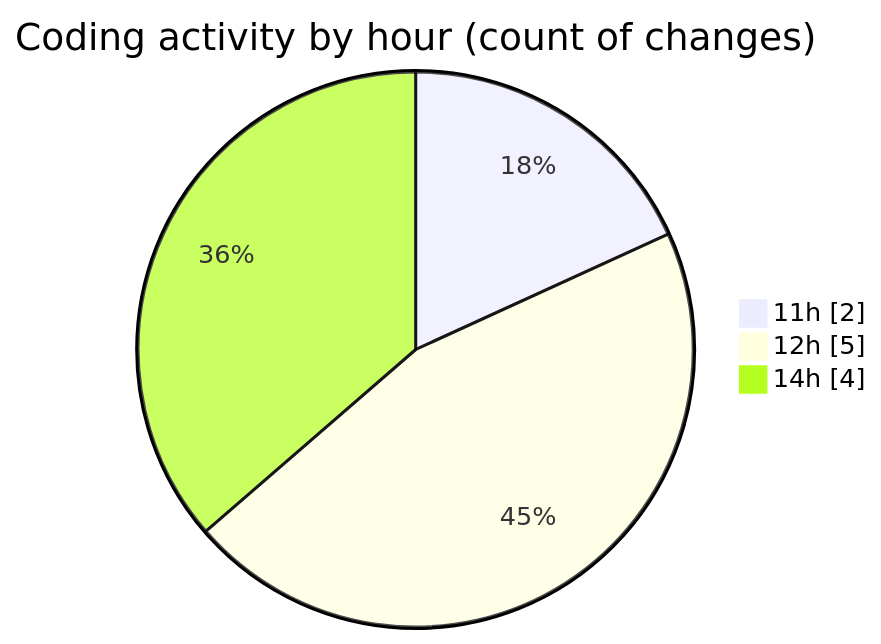
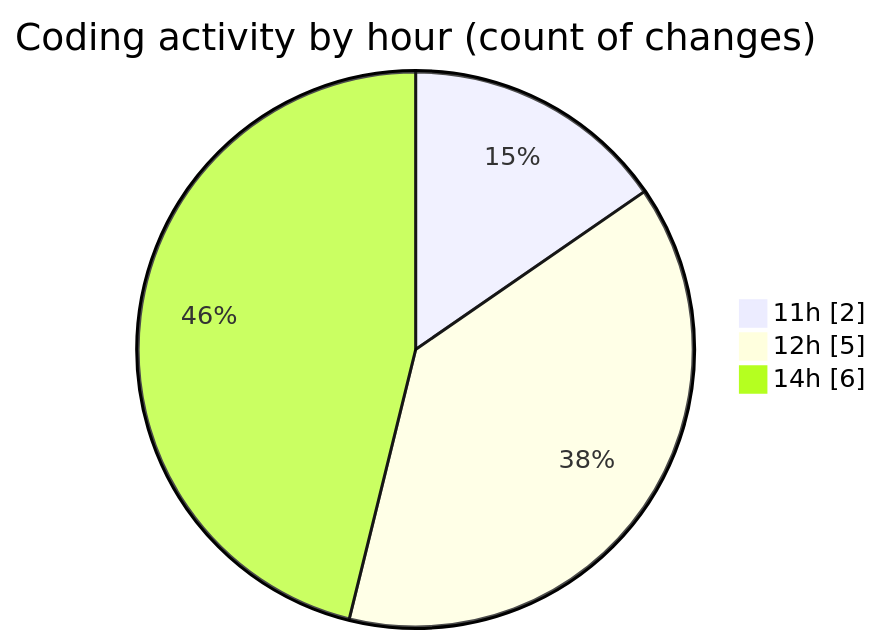
One commit to nxtqubesakshisongat/code-tracking changed the second of 2 diagrams in 2026-01-22/nxtqube_webapp/README.md. Above: the diagram before and after it, drawn with Mermaid. The commit also changed other lines of this file and 1 other file, not shown here.

````diff
--- a/2026-01-22/nxtqube_webapp/README.md
+++ b/2026-01-22/nxtqube_webapp/README.md
@@ -29,7 +30,7 @@
 ```mermaid
 pie showData
 title Coding activity by hour (count of changes)
 "11h" : 2
 "12h" : 5
-"14h" : 4
+"14h" : 6
 ```
````
